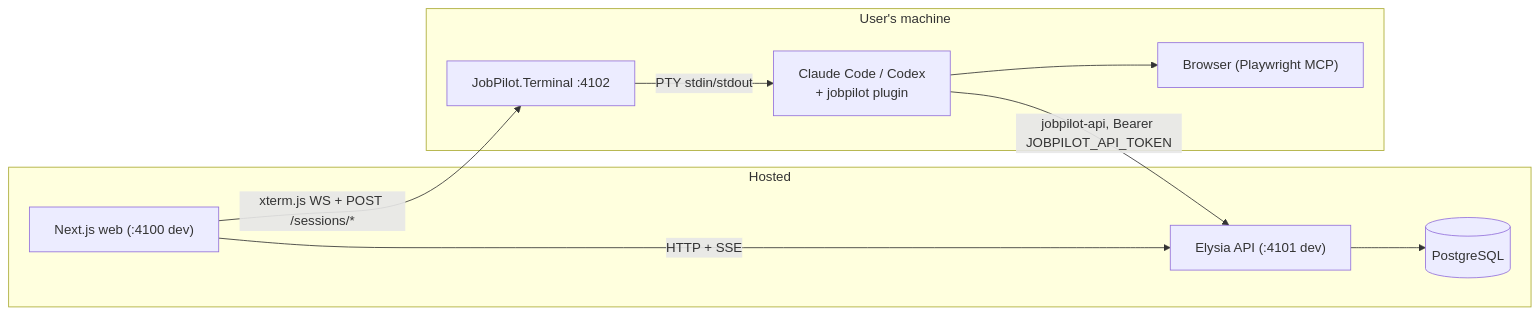
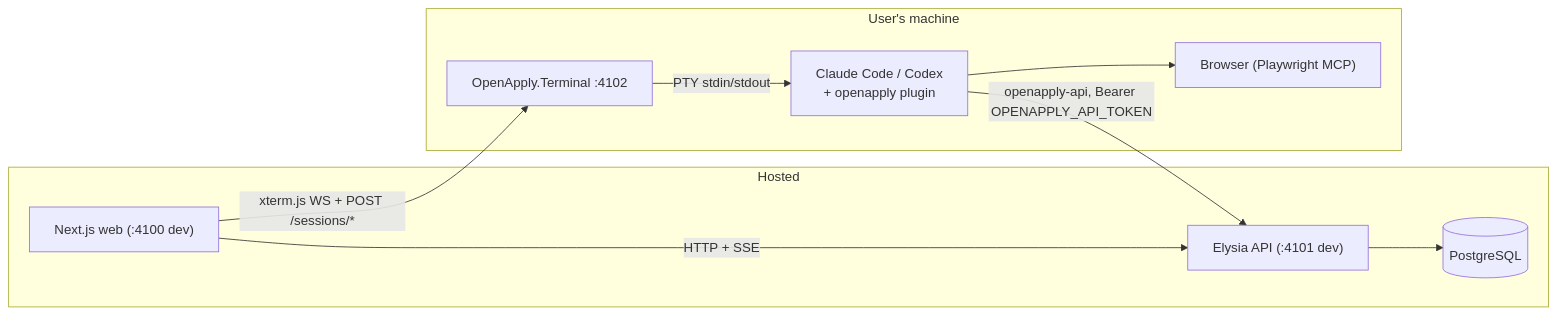
One commit to Jarvuslin/OpenApply changed the first of 2 diagrams in docs/development.md. Above: the diagram before and after it, drawn with Mermaid. The commit also changed other lines of this file and 475 other files, not shown here.

Commit message:
refactor(rebrand): migrate runtime and packages to OpenApply

````diff
--- a/docs/development.md
+++ b/docs/development.md
@@ -79,19 +79,19 @@
 ```mermaid
 flowchart LR
     subgraph Cloud [Hosted]
         WEB["Next.js web (:4100 dev)"]
         API["Elysia API (:4101 dev)"]
         DB[(PostgreSQL)]
     end
     subgraph Local [User's machine]
-        T["JobPilot.Terminal :4102"]
-        P["Claude Code / Codex<br/>+ jobpilot plugin"]
+        T["OpenApply.Terminal :4102"]
+        P["Claude Code / Codex<br/>+ openapply plugin"]
         B["Browser (Playwright MCP)"]
     end
     WEB -- "HTTP + SSE" --> API
     API --> DB
     WEB -- "xterm.js WS + POST /sessions/*" --> T
     T -- "PTY stdin/stdout" --> P
-    P -- "jobpilot-api, Bearer JOBPILOT_API_TOKEN" --> API
+    P -- "openapply-api, Bearer OPENAPPLY_API_TOKEN" --> API
     P --> B
 ```
````
